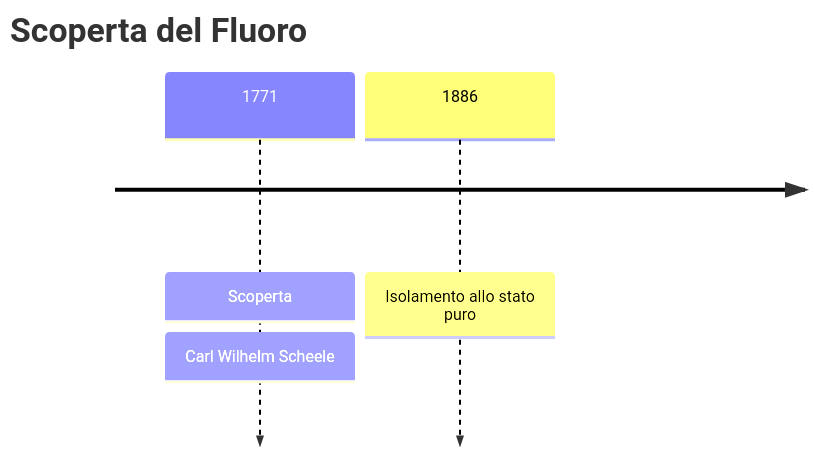
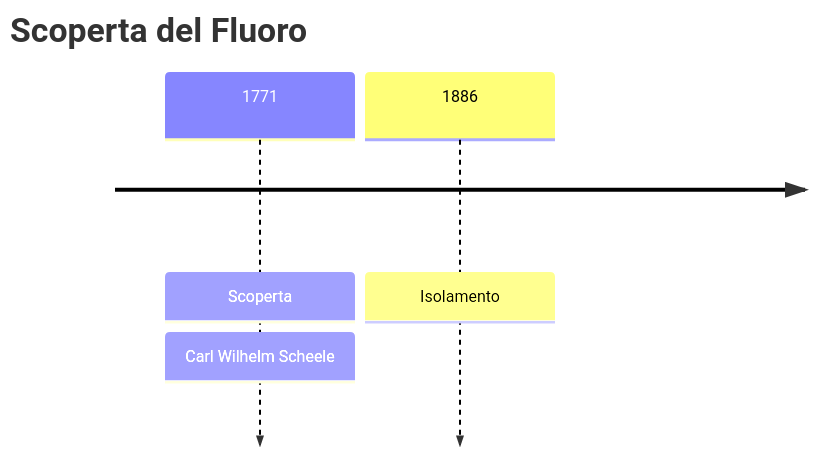
Before and after one commit to gianlucaciarcelluti/elements-caos: the first of 3 diagrams in vault/Elementi/Fluoro.md, drawn with Mermaid. The commit also changed 56 other files, not shown here.

````diff
--- a/vault/Elementi/Fluoro.md
+++ b/vault/Elementi/Fluoro.md
@@ -28,6 +28,6 @@
 ```mermaid
 timeline
     title Scoperta del Fluoro
     1771 : Scoperta : Carl Wilhelm Scheele
-    1886 : Isolamento allo stato puro
+    1886 : Isolamento
 ```
````
